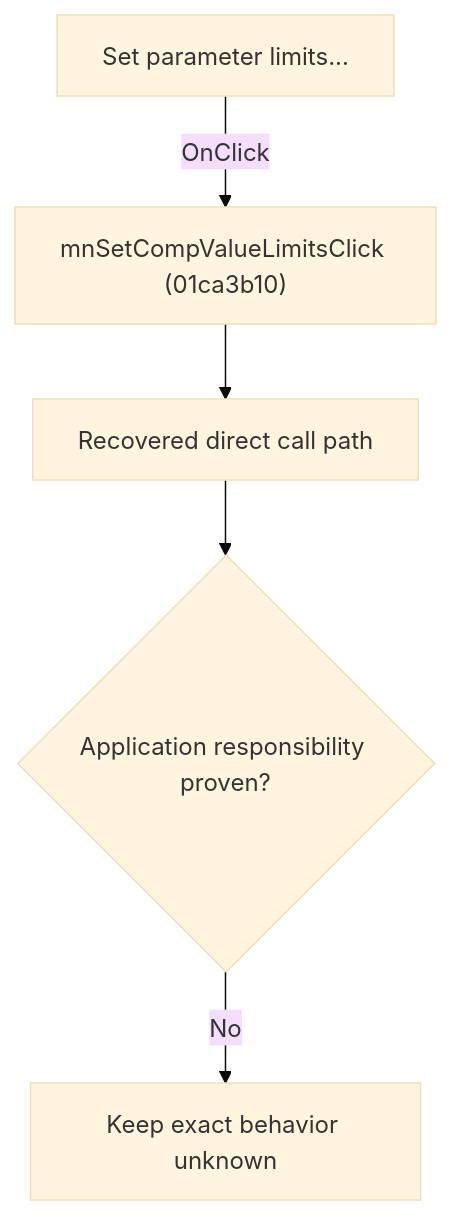
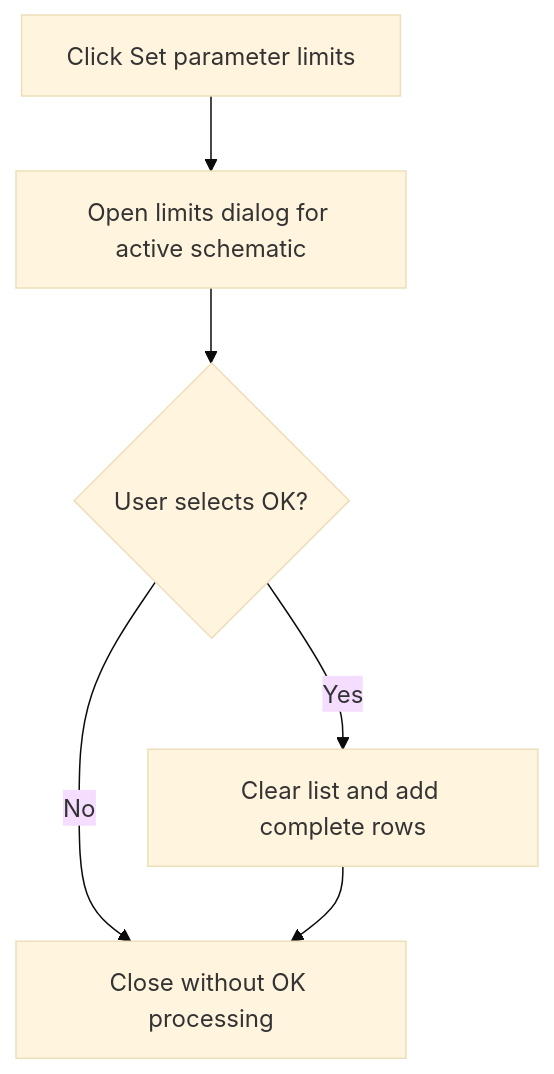
The diagram in docs/ui-controls/schematiceditor/mnsetcompvaluelimits-54e839cd24.md (MovGP0/TIARA), drawn with Mermaid (base theme) before and after one commit. The commit also changed other lines of this file and 241 other files, not shown here.

````diff
--- a/docs/ui-controls/schematiceditor/mnsetcompvaluelimits-54e839cd24.md
+++ b/docs/ui-controls/schematiceditor/mnsetcompvaluelimits-54e839cd24.md
@@ -27,7 +27,8 @@
 ```mermaid
 flowchart TD
-    control["Set parameter limits..."] -->|"OnClick"| handler["mnSetCompValueLimitsClick (01ca3b10)"]
-    handler --> recovered["Recovered direct call path"]
-    recovered --> gap{"Application responsibility proven?"}
-    gap -->|"No"| blocked["Keep exact behavior unknown"]
+    control["Click Set parameter limits"] --> dialog["Open limits dialog for active schematic"]
+    dialog --> accept{"User selects OK?"}
+    accept -->|"No"| close["Close without OK processing"]
+    accept -->|"Yes"| rebuild["Clear list and add complete rows"]
+    rebuild --> close
 ```
````
